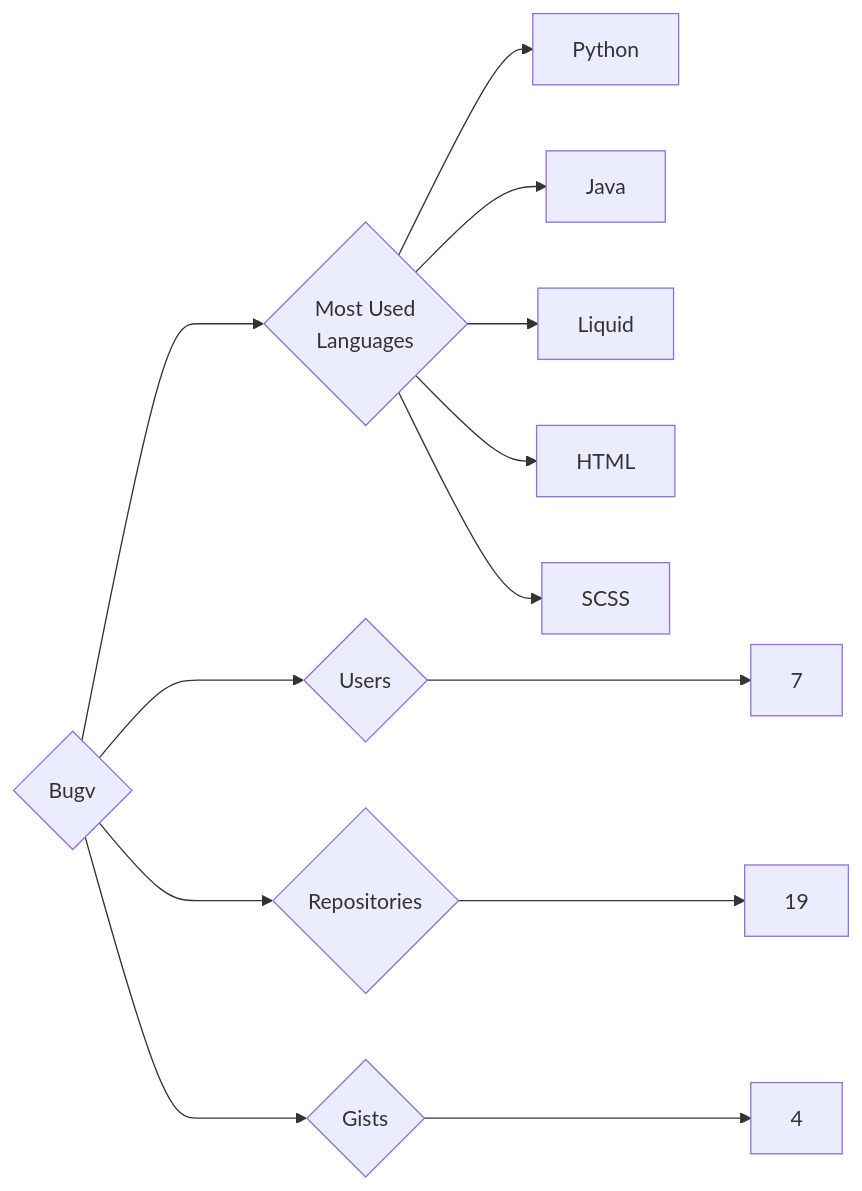
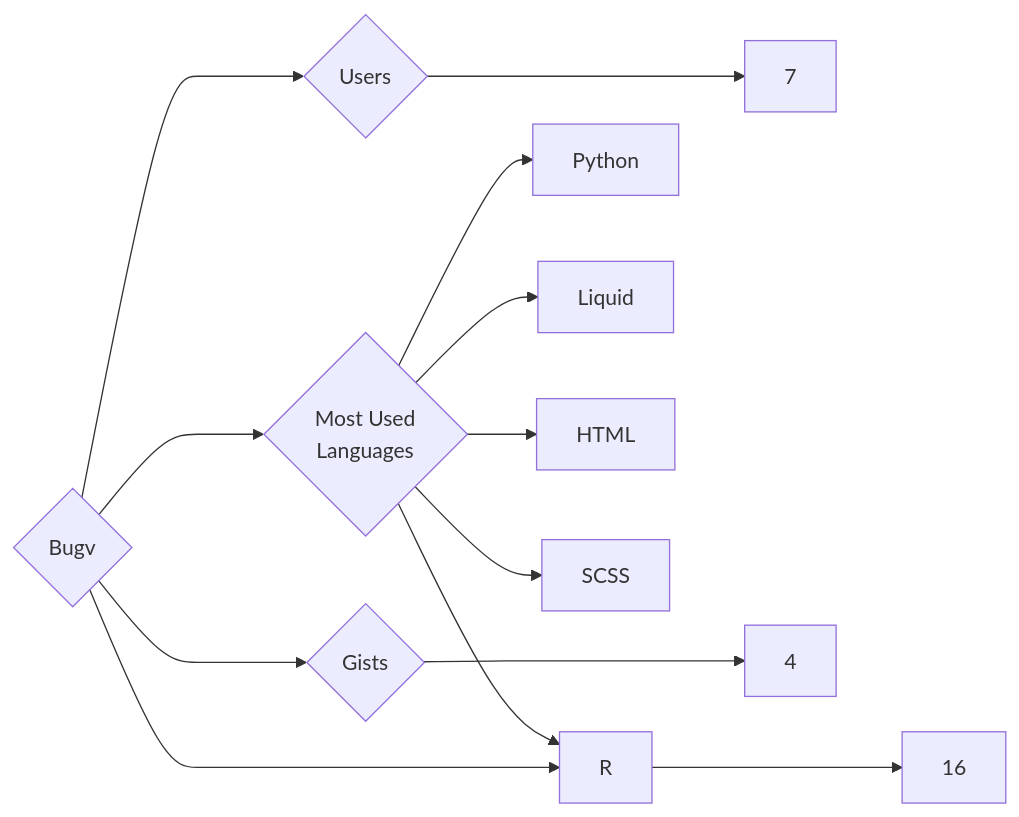
One commit to trickest/insiders changed the diagram in targets/Bugv/README.md. Above: the diagram before and after it, drawn with Mermaid. The commit also changed 865 other files, not shown here.

````diff
--- a/targets/Bugv/README.md
+++ b/targets/Bugv/README.md
@@ -3,13 +3,13 @@
 ```mermaid
 graph LR
 COMPANY_NAME{Bugv}
 COMPANY_NAME ---> U{Users} ---> UN[7]
-COMPANY_NAME ---> R{Repositories} ---> RN[19]
+COMPANY_NAME ---> R{Repositories} ---> RN[16]
 COMPANY_NAME ---> G{Gists} ---> GN[4]
 COMPANY_NAME ---> ML{Most Used<br>Languages}
 ML --> Python[Python]
-ML --> Java[Java]
 ML --> Liquid[Liquid]
 ML --> HTML[HTML]
 ML --> SCSS[SCSS]
+ML --> R[R]
 ```
````
